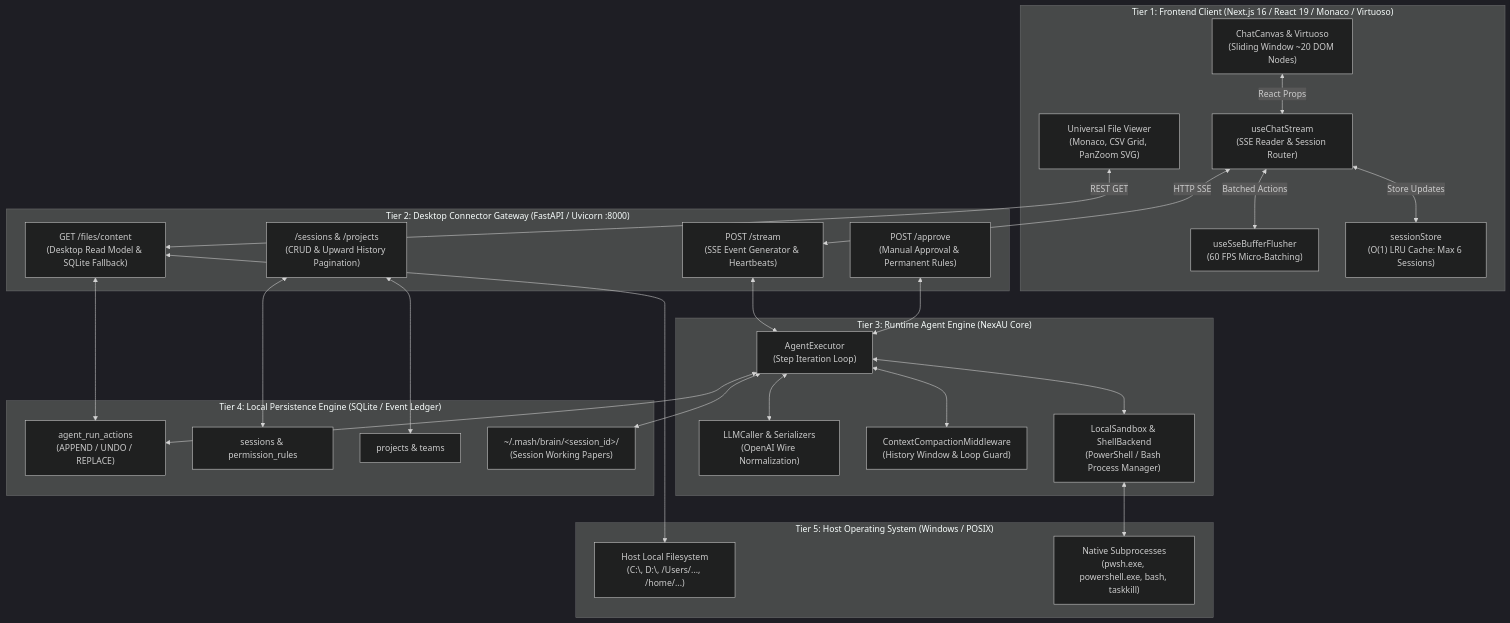
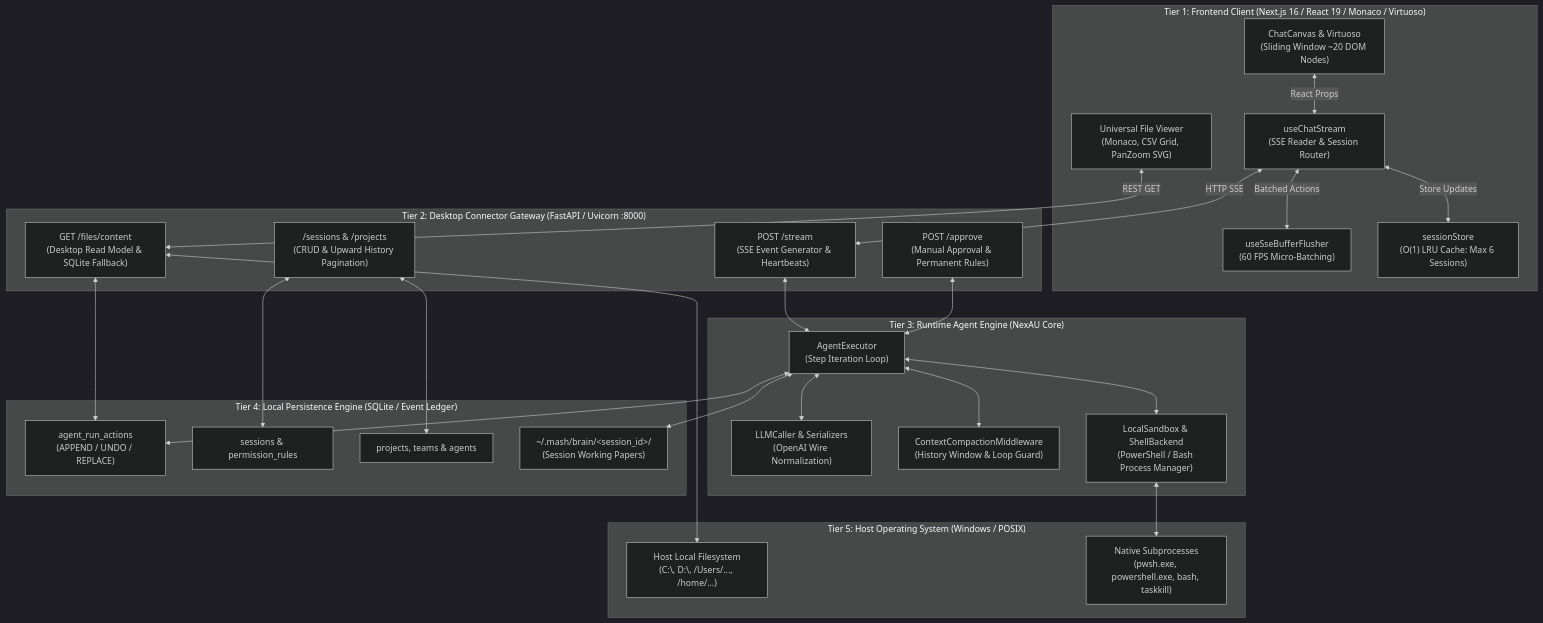
The first of 3 diagrams in ARCHITECTURE.md (mahwa5531-coder/Mash-Unified), drawn with Mermaid (dark theme) before and after one commit. The commit also changed other lines of this file, not shown here.

Commit message:
docs: complete database DDL, SSE event matrix and path ladder in ARCHITECTURE.md

````diff
--- a/ARCHITECTURE.md
+++ b/ARCHITECTURE.md
@@ -82,54 +82,54 @@
 ```mermaid
 flowchart TD
     subgraph Tier1 ["Tier 1: Frontend Client (Next.js 16 / React 19 / Monaco / Virtuoso)"]
         ChatCanvas["ChatCanvas & Virtuoso<br/>(Sliding Window ~20 DOM Nodes)"]
         useChatStream["useChatStream<br/>(SSE Reader & Session Router)"]
         useFlusher["useSseBufferFlusher<br/>(60 FPS Micro-Batching)"]
         sessionStore["sessionStore<br/>(O(1) LRU Cache: Max 6 Sessions)"]
         Viewer["Universal File Viewer<br/>(Monaco, CSV Grid, PanZoom SVG)"]
     end
 
     subgraph Tier2 ["Tier 2: Desktop Connector Gateway (FastAPI / Uvicorn :8000)"]
         ChatRouter["POST /stream<br/>(SSE Event Generator & Heartbeats)"]
         PermRouter["POST /approve<br/>(Manual Approval & Permanent Rules)"]
         ArtifactRouter["GET /files/content<br/>(Desktop Read Model & SQLite Fallback)"]
         SessionRouter["/sessions & /projects<br/>(CRUD & Upward History Pagination)"]
     end
 
     subgraph Tier3 ["Tier 3: Runtime Agent Engine (NexAU Core)"]
         AgentExec["AgentExecutor<br/>(Step Iteration Loop)"]
         LLMCaller["LLMCaller & Serializers<br/>(OpenAI Wire Normalization)"]
         Compaction["ContextCompactionMiddleware<br/>(History Window & Loop Guard)"]
         LocalSandbox["LocalSandbox & ShellBackend<br/>(PowerShell / Bash Process Manager)"]
     end
 
     subgraph Tier4 ["Tier 4: Local Persistence Engine (SQLite / Event Ledger)"]
         DB_Actions["agent_run_actions<br/>(APPEND / UNDO / REPLACE)"]
         DB_Sessions["sessions & permission_rules"]
-        DB_Projects["projects & teams"]
+        DB_Projects["projects, teams & agents"]
         FS_Brain["~/.mash/brain/&lt;session_id&gt;/<br/>(Session Working Papers)"]
     end
 
     subgraph Tier5 ["Tier 5: Host Operating System (Windows / POSIX)"]
         OS_FS["Host Local Filesystem<br/>(C:\, D:\, /Users/..., /home/...)"]
         OS_Proc["Native Subprocesses<br/>(pwsh.exe, powershell.exe, bash, taskkill)"]
     end
 
     ChatCanvas <-->|React Props| useChatStream
     useChatStream <-->|Batched Actions| useFlusher
     useChatStream <-->|Store Updates| sessionStore
     useChatStream <-->|HTTP SSE| ChatRouter
     Viewer <-->|REST GET| ArtifactRouter
     ChatRouter <--> AgentExec
     PermRouter <--> AgentExec
     ArtifactRouter <--> OS_FS
     ArtifactRouter <--> DB_Actions
     SessionRouter <--> DB_Sessions
     SessionRouter <--> DB_Projects
     AgentExec <--> LLMCaller
     AgentExec <--> Compaction
     AgentExec <--> LocalSandbox
     LocalSandbox <--> OS_Proc
     AgentExec <--> DB_Actions
     AgentExec <--> FS_Brain
 ```
````
